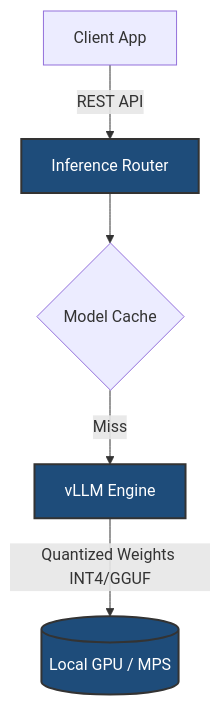
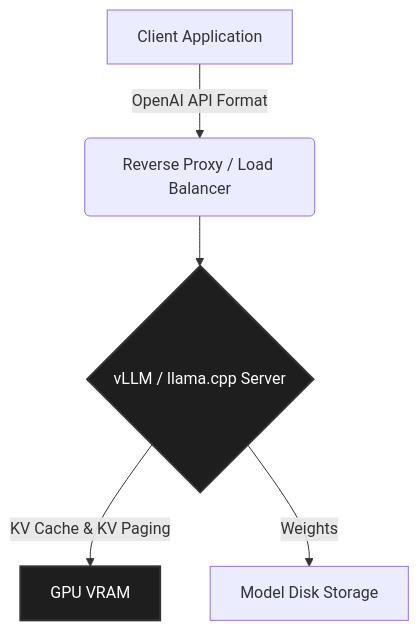
Before and after one commit to anahad94/local-llm-deployment: the diagram in README.md, drawn with Mermaid. The commit also changed other lines of this file, not shown here.

````diff
--- a/README.md
+++ b/README.md
@@ -13,10 +26,10 @@
 ```mermaid
 graph TD
-    A[Client App] -->|REST API| B[Inference Router]
-    B --> C{Model Cache}
-    C -->|Miss| D[vLLM Engine]
-    D -->|Quantized Weights INT4/GGUF| E[(Local GPU / MPS)]
-    
-    classDef infra fill:#1e4c7a,stroke:#333,stroke-width:2px,color:#fff;
-    class B,D,E infra;
+    A[Client Application] -->|OpenAI API Format| B(Reverse Proxy / Load Balancer)
+    B --> C{vLLM / llama.cpp Server}
+    C -->|KV Cache & KV Paging| D[GPU VRAM]
+    C -->|Weights| E[Model Disk Storage]
+
+    classDef infra fill:#1e1e1e,stroke:#333,stroke-width:2px,color:#fff;
+    class C,D infra;
 ```
````
